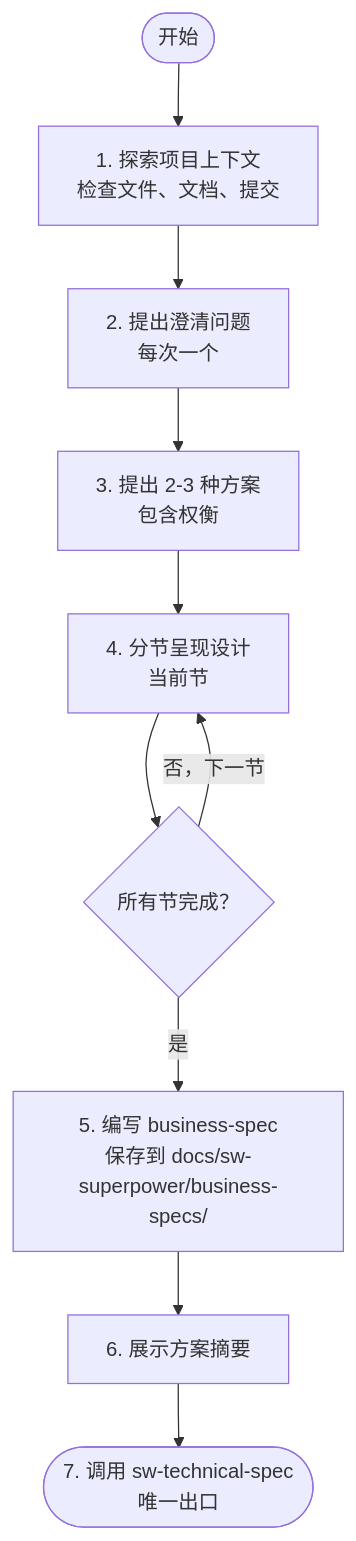
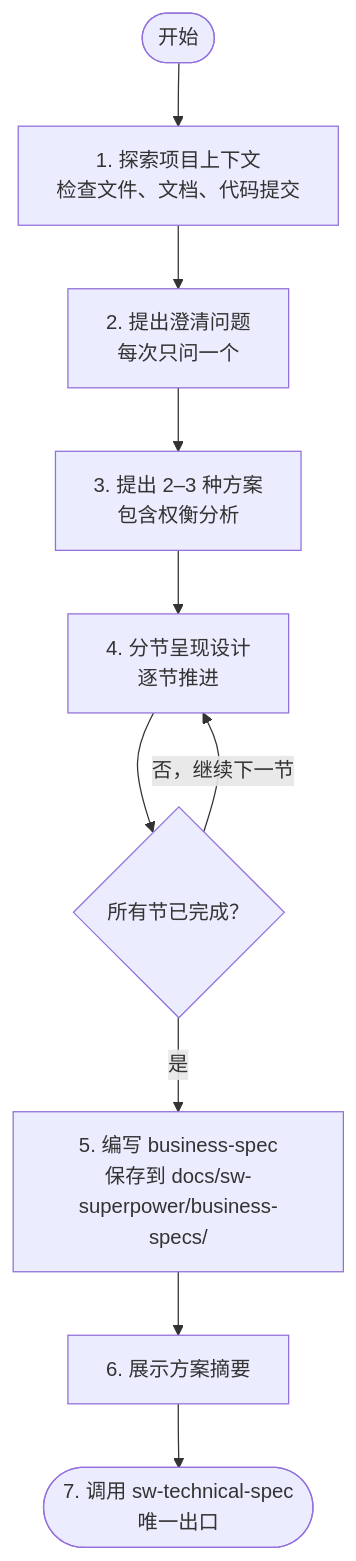
The diagram in sw-brainstorming/SKILL.md (vaycentsun/sw-agiledevelopment), drawn with Mermaid before and after one commit. The commit also changed other lines of this file and 6 other files, not shown here.

````diff
--- a/sw-brainstorming/SKILL.md
+++ b/sw-brainstorming/SKILL.md
@@ -62,12 +62,12 @@
 ```mermaid
 flowchart TD
-    Start([开始]) --> Explore[1. 探索项目上下文<br/>检查文件、文档、提交]
-    Explore --> Questions[2. 提出澄清问题<br/>每次一个]
-    Questions --> Approaches[3. 提出 2-3 种方案<br/>包含权衡]
-    Approaches --> Present[4. 分节呈现设计<br/>当前节]
-    Present --> AllSectionsDone{所有节完成？}
-    AllSectionsDone -->|否，下一节| Present
+    Start([开始]) --> Explore[1. 探索项目上下文<br/>检查文件、文档、代码提交]
+    Explore --> Questions[2. 提出澄清问题<br/>每次只问一个]
+    Questions --> Approaches[3. 提出 2–3 种方案<br/>包含权衡分析]
+    Approaches --> Present[4. 分节呈现设计<br/>逐节推进]
+    Present --> AllSectionsDone{所有节已完成？}
+    AllSectionsDone -->|否，继续下一节| Present
     AllSectionsDone -->|是| WriteBusinessSpec[5. 编写 business-spec<br/>保存到 docs/sw-superpower/business-specs/]
     WriteBusinessSpec --> ShowSummary[6. 展示方案摘要]
     ShowSummary --> InvokeTechnical([7. 调用 sw-technical-spec<br/>唯一出口])
 ```
````
